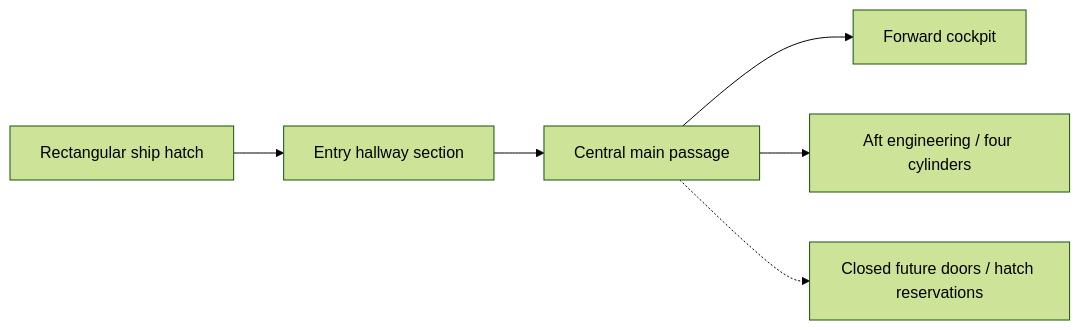
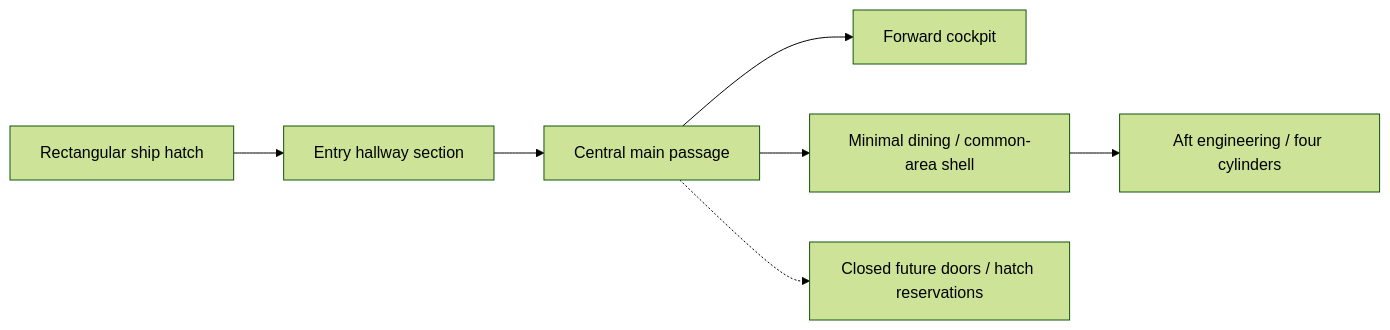
The first of 2 diagrams in docs/implementation/phase-1-2-spatial-motion-decision-packet.md (Phishinabowl/Outlaw-Star-Sim), drawn with Mermaid (forest theme) before and after one commit. The commit also changed other lines of this file and 9 other files, not shown here.

````diff
--- a/docs/implementation/phase-1-2-spatial-motion-decision-packet.md
+++ b/docs/implementation/phase-1-2-spatial-motion-decision-packet.md
@@ -95,8 +97,9 @@
 ```mermaid
 flowchart LR
   H[Rectangular ship hatch] --> E[Entry hallway section]
   E --> P[Central main passage]
   P --> B[Forward cockpit]
-  P --> G[Aft engineering / four cylinders]
+  P --> D[Minimal dining / common-area shell]
+  D --> G[Aft engineering / four cylinders]
   P -.-> F[Closed future doors / hatch reservations]
 ```
````
